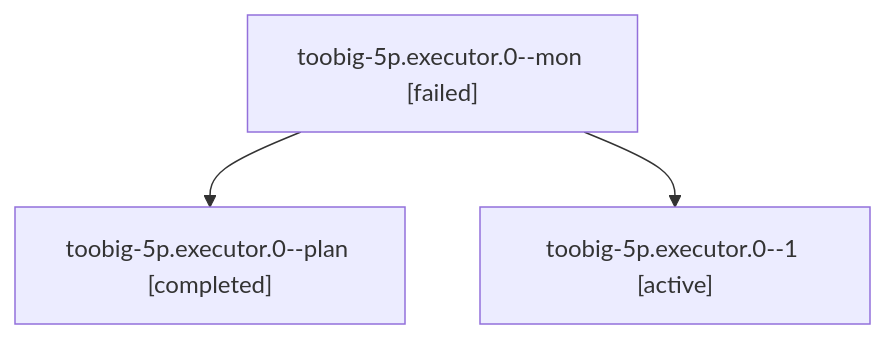
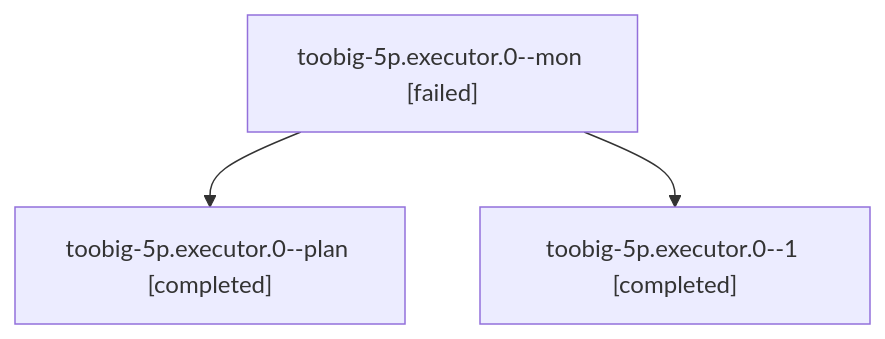
One commit to sase-org/sase--agents changed the diagram in families/bbugyi200.athena.toobig-5p.executor.0.md. Above: the diagram before and after it, drawn with Mermaid. The commit also changed other lines of this file and 57 other files, not shown here.

````diff
--- a/families/bbugyi200.athena.toobig-5p.executor.0.md
+++ b/families/bbugyi200.athena.toobig-5p.executor.0.md
@@ -9,8 +9,8 @@
 ```mermaid
 flowchart TD
   n0["toobig-5p.executor.0--mon [failed]"]
   n1["toobig-5p.executor.0--plan [completed]"]
   n0 --> n1
-  n2["toobig-5p.executor.0--1 [active]"]
+  n2["toobig-5p.executor.0--1 [completed]"]
   n0 --> n2
 ```
````
